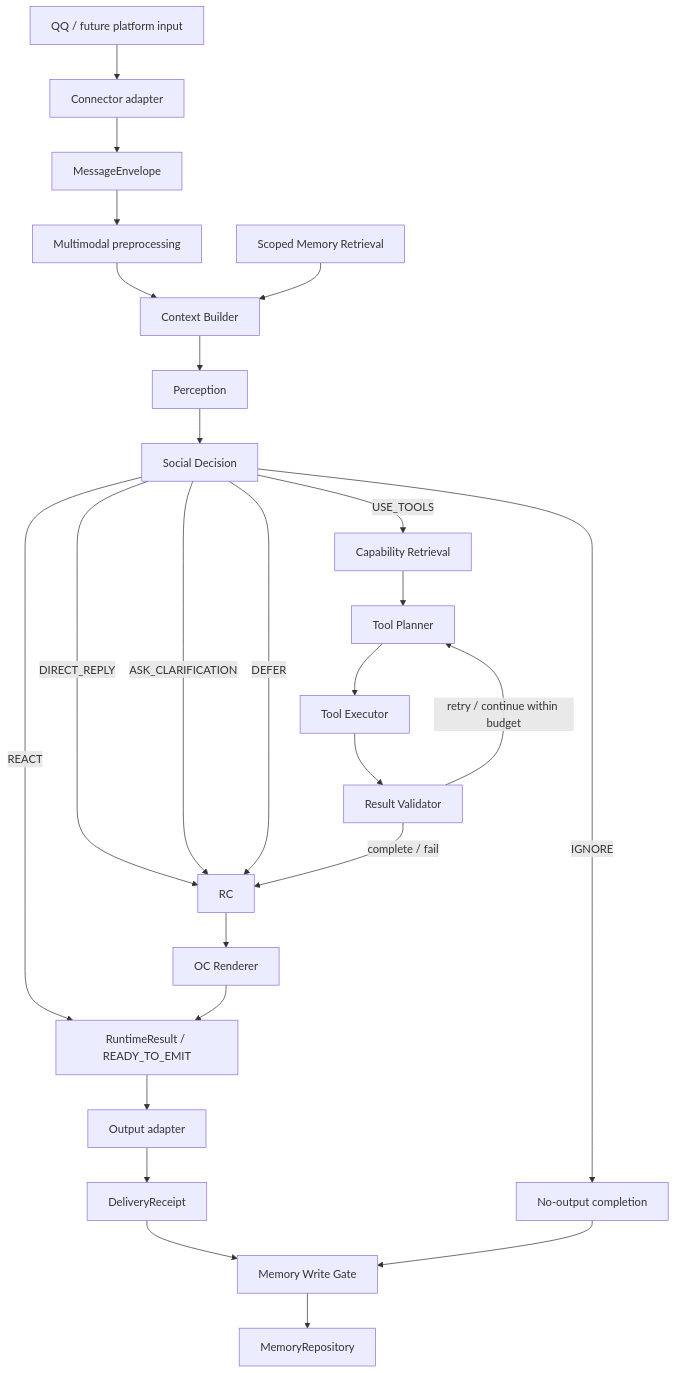
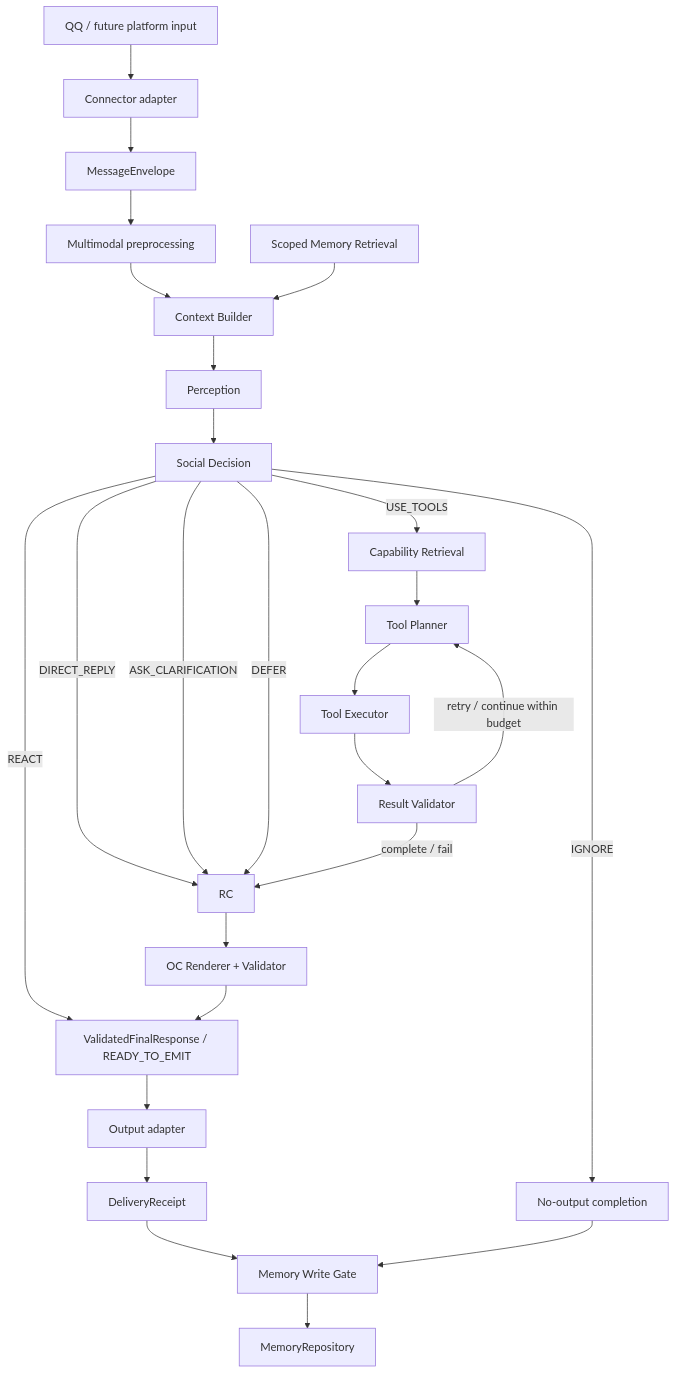
One commit to ly382965/dududa changed the diagram in docs/refactor/target-architecture.md. Above: the diagram before and after it, drawn with Mermaid. The commit also changed other lines of this file and 129 other files, not shown here.

````diff
--- a/docs/refactor/target-architecture.md
+++ b/docs/refactor/target-architecture.md
@@ -29,28 +29,28 @@
 ```mermaid
 flowchart TD
     I["QQ / future platform input"] --> A["Connector adapter"]
     A --> E["MessageEnvelope"]
     E --> MM["Multimodal preprocessing"]
     MM --> C["Context Builder"]
     MR["Scoped Memory Retrieval"] --> C
     C --> P["Perception"]
     P --> S["Social Decision"]
     S -->|"IGNORE"| Z["No-output completion"]
     S -->|"REACT"| RR
     S -->|"DIRECT_REPLY"| RC
     S -->|"ASK_CLARIFICATION"| RC
     S -->|"DEFER"| RC
     S -->|"USE_TOOLS"| CR["Capability Retrieval"]
     CR --> TP["Tool Planner"]
     TP --> TE["Tool Executor"]
     TE --> V["Result Validator"]
     V -->|"retry / continue within budget"| TP
     V -->|"complete / fail"| RC
-    RC --> O["OC Renderer"]
-    O --> RR["RuntimeResult / READY_TO_EMIT"]
+    RC --> O["OC Renderer + Validator"]
+    O --> RR["ValidatedFinalResponse / READY_TO_EMIT"]
     RR --> OA["Output adapter"]
     OA --> DR["DeliveryReceipt"]
     DR --> W["Memory Write Gate"]
     Z --> W
     W --> MEM["MemoryRepository"]
 ```
````
